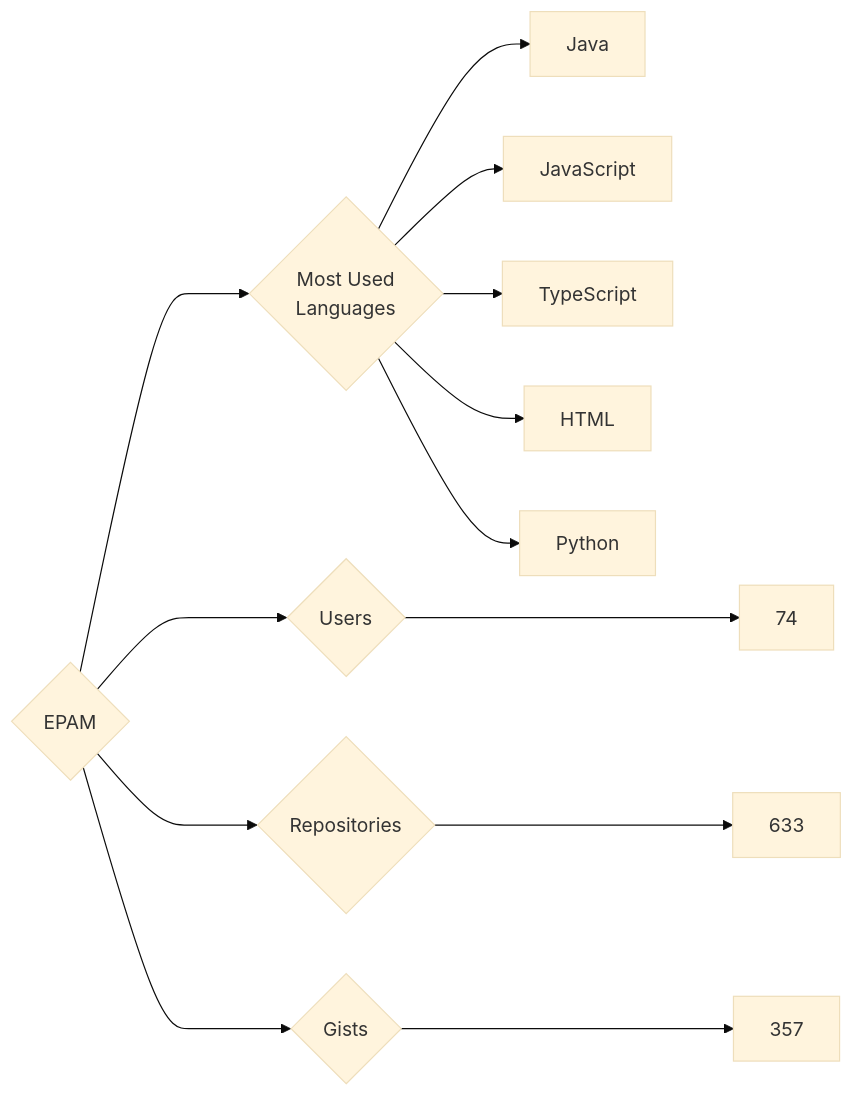
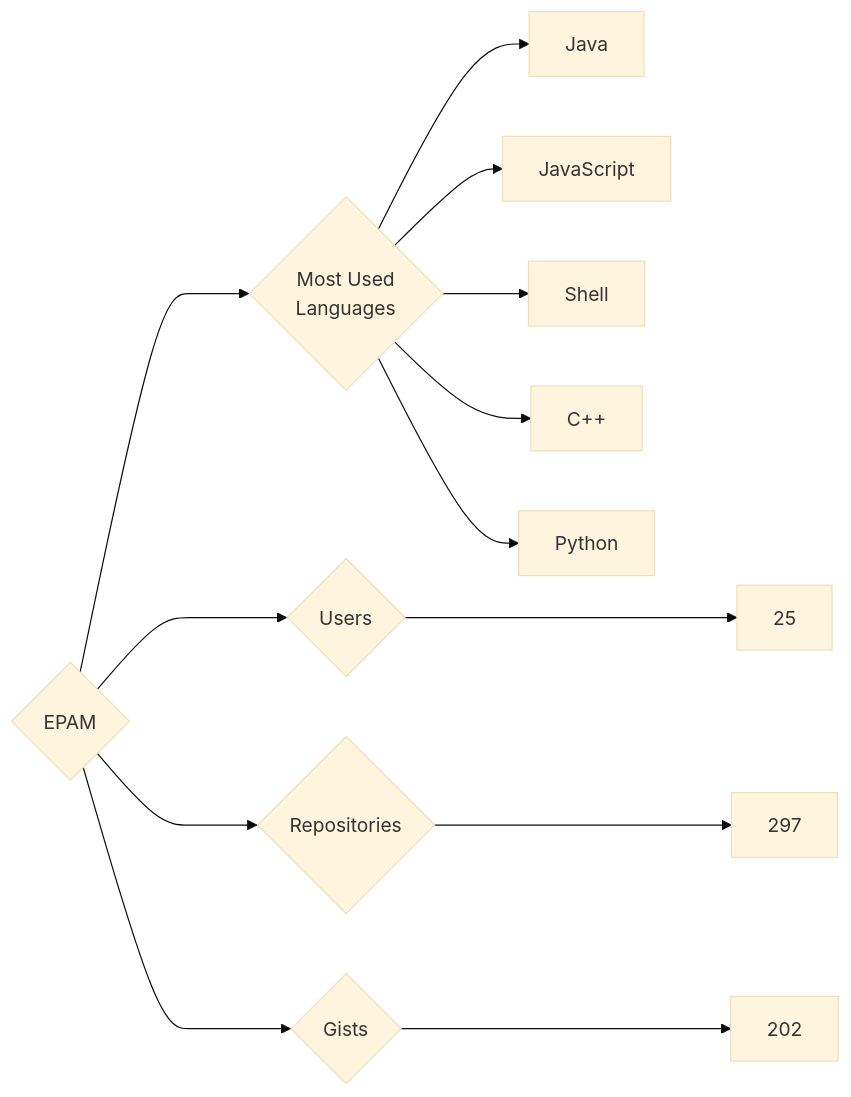
The diagram in targets/EPAM/README.md (trickest/insiders), drawn with Mermaid (base theme) before and after one commit. The commit also changed 682 other files, not shown here.

````diff
--- a/targets/EPAM/README.md
+++ b/targets/EPAM/README.md
@@ -3,13 +3,13 @@
 ```mermaid
 graph LR
 COMPANY_NAME{EPAM}
-COMPANY_NAME ---> U{Users} ---> UN[74]
-COMPANY_NAME ---> R{Repositories} ---> RN[633]
-COMPANY_NAME ---> G{Gists} ---> GN[357]
+COMPANY_NAME ---> U{Users} ---> UN[25]
+COMPANY_NAME ---> R{Repositories} ---> RN[297]
+COMPANY_NAME ---> G{Gists} ---> GN[202]
 COMPANY_NAME ---> ML{Most Used<br>Languages}
 ML --> Java[Java]
 ML --> JavaScript[JavaScript]
-ML --> TypeScript[TypeScript]
-ML --> HTML[HTML]
+ML --> Shell[Shell]
+ML --> C++[C++]
 ML --> Python[Python]
 ```
````
